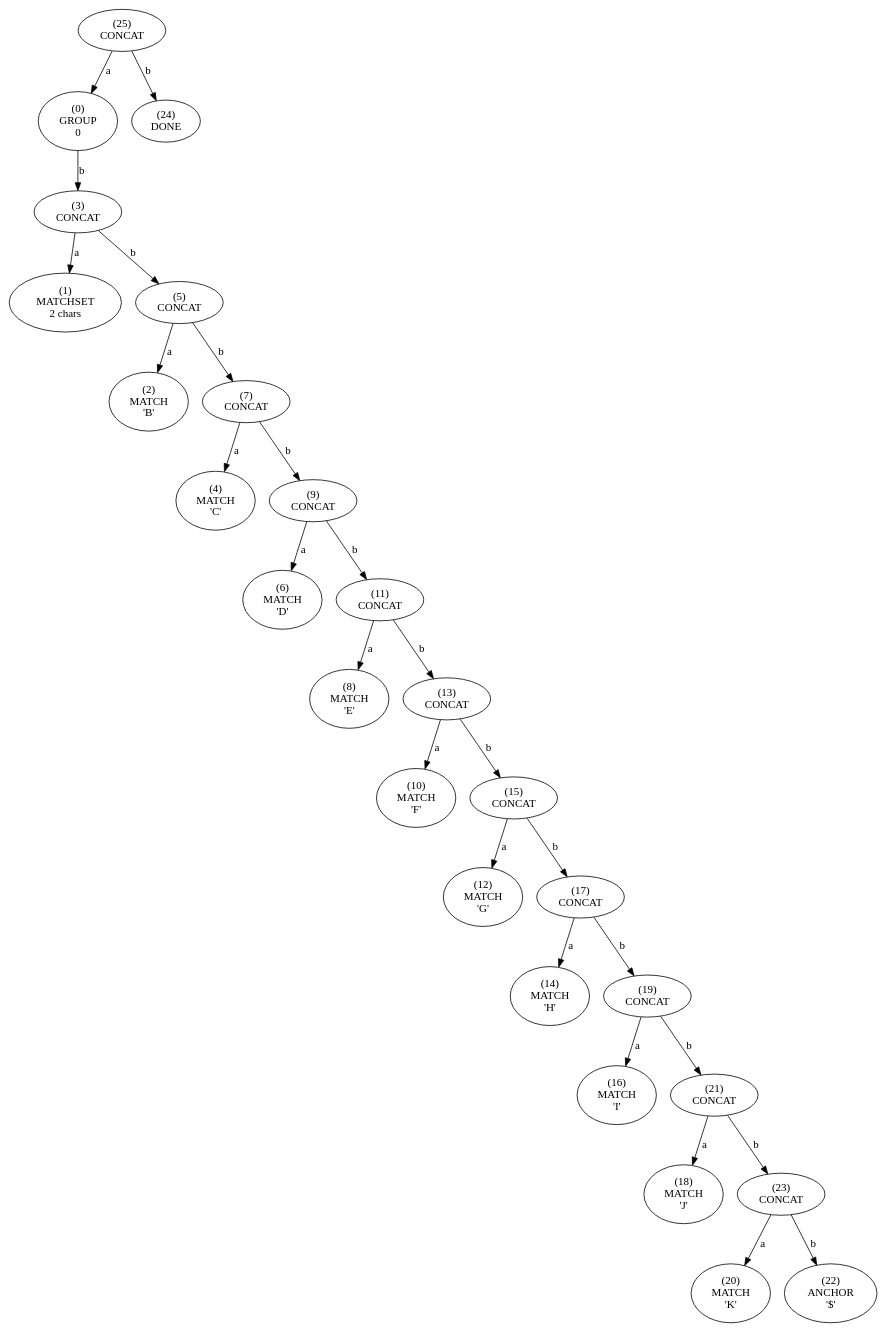
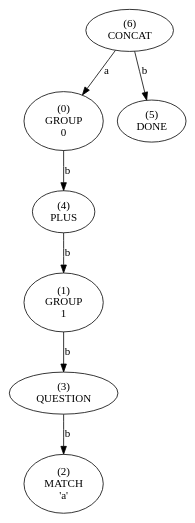
The diagram in testing/tree.dot (essele/rele), drawn with Graphviz before and after one commit. The commit also changed 12 other files, not shown here.

```diff
--- a/testing/tree.dot
+++ b/testing/tree.dot
@@ -1,105 +1,29 @@
 digraph tree {
-    n0xc8d9ea2ba648 [label="(25)
+    n0xae0d287f5448 [label="(6)
 CONCAT
 "];
-    n0xc8d9ea2ba648 -> n0xc8d9ea2ba328 [label="a"];
-    n0xc8d9ea2ba328 [label="(0)
+    n0xae0d287f5448 -> n0xae0d287f5328 [label="a"];
+    n0xae0d287f5328 [label="(0)
 GROUP
 0"];
-    n0xc8d9ea2ba328 -> n0xc8d9ea2ba388 [label="b"];
-    n0xc8d9ea2ba388 [label="(3)
-CONCAT
+    n0xae0d287f5328 -> n0xae0d287f53e8 [label="b"];
+    n0xae0d287f53e8 [label="(4)
+PLUS
 "];
-    n0xc8d9ea2ba388 -> n0xc8d9ea2ba348 [label="a"];
-    n0xc8d9ea2ba348 [label="(1)
-MATCHSET
-2 chars"];
-    n0xc8d9ea2ba388 -> n0xc8d9ea2ba3c8 [label="b"];
-    n0xc8d9ea2ba3c8 [label="(5)
-CONCAT
+    n0xae0d287f53e8 -> n0xae0d287f5358 [label="b"];
+    n0xae0d287f5358 [label="(1)
+GROUP
+1"];
+    n0xae0d287f5358 -> n0xae0d287f53b8 [label="b"];
+    n0xae0d287f53b8 [label="(3)
+QUESTION
 "];
-    n0xc8d9ea2ba3c8 -> n0xc8d9ea2ba368 [label="a"];
-    n0xc8d9ea2ba368 [label="(2)
+    n0xae0d287f53b8 -> n0xae0d287f5388 [label="b"];
+    n0xae0d287f5388 [label="(2)
 MATCH
-'B'"];
-    n0xc8d9ea2ba3c8 -> n0xc8d9ea2ba408 [label="b"];
-    n0xc8d9ea2ba408 [label="(7)
-CONCAT
-"];
-    n0xc8d9ea2ba408 -> n0xc8d9ea2ba3a8 [label="a"];
-    n0xc8d9ea2ba3a8 [label="(4)
-MATCH
-'C'"];
-    n0xc8d9ea2ba408 -> n0xc8d9ea2ba448 [label="b"];
-    n0xc8d9ea2ba448 [label="(9)
-CONCAT
-"];
-    n0xc8d9ea2ba448 -> n0xc8d9ea2ba3e8 [label="a"];
-    n0xc8d9ea2ba3e8 [label="(6)
-MATCH
-'D'"];
-    n0xc8d9ea2ba448 -> n0xc8d9ea2ba488 [label="b"];
-    n0xc8d9ea2ba488 [label="(11)
-CONCAT
-"];
-    n0xc8d9ea2ba488 -> n0xc8d9ea2ba428 [label="a"];
-    n0xc8d9ea2ba428 [label="(8)
-MATCH
-'E'"];
-    n0xc8d9ea2ba488 -> n0xc8d9ea2ba4c8 [label="b"];
-    n0xc8d9ea2ba4c8 [label="(13)
-CONCAT
-"];
-    n0xc8d9ea2ba4c8 -> n0xc8d9ea2ba468 [label="a"];
-    n0xc8d9ea2ba468 [label="(10)
-MATCH
-'F'"];
-    n0xc8d9ea2ba4c8 -> n0xc8d9ea2ba508 [label="b"];
-    n0xc8d9ea2ba508 [label="(15)
-CONCAT
-"];
-    n0xc8d9ea2ba508 -> n0xc8d9ea2ba4a8 [label="a"];
-    n0xc8d9ea2ba4a8 [label="(12)
-MATCH
-'G'"];
-    n0xc8d9ea2ba508 -> n0xc8d9ea2ba548 [label="b"];
-    n0xc8d9ea2ba548 [label="(17)
-CONCAT
-"];
-    n0xc8d9ea2ba548 -> n0xc8d9ea2ba4e8 [label="a"];
-    n0xc8d9ea2ba4e8 [label="(14)
-MATCH
-'H'"];
-    n0xc8d9ea2ba548 -> n0xc8d9ea2ba588 [label="b"];
-    n0xc8d9ea2ba588 [label="(19)
-CONCAT
-"];
-    n0xc8d9ea2ba588 -> n0xc8d9ea2ba528 [label="a"];
-    n0xc8d9ea2ba528 [label="(16)
-MATCH
-'I'"];
-    n0xc8d9ea2ba588 -> n0xc8d9ea2ba5c8 [label="b"];
-    n0xc8d9ea2ba5c8 [label="(21)
-CONCAT
-"];
-    n0xc8d9ea2ba5c8 -> n0xc8d9ea2ba568 [label="a"];
-    n0xc8d9ea2ba568 [label="(18)
-MATCH
-'J'"];
-    n0xc8d9ea2ba5c8 -> n0xc8d9ea2ba608 [label="b"];
-    n0xc8d9ea2ba608 [label="(23)
-CONCAT
-"];
-    n0xc8d9ea2ba608 -> n0xc8d9ea2ba5a8 [label="a"];
-    n0xc8d9ea2ba5a8 [label="(20)
-MATCH
-'K'"];
-    n0xc8d9ea2ba608 -> n0xc8d9ea2ba5e8 [label="b"];
-    n0xc8d9ea2ba5e8 [label="(22)
-ANCHOR
-'$'"];
-    n0xc8d9ea2ba648 -> n0xc8d9ea2ba628 [label="b"];
-    n0xc8d9ea2ba628 [label="(24)
+'a'"];
+    n0xae0d287f5448 -> n0xae0d287f5418 [label="b"];
+    n0xae0d287f5418 [label="(5)
 DONE
 "];
 }
```
